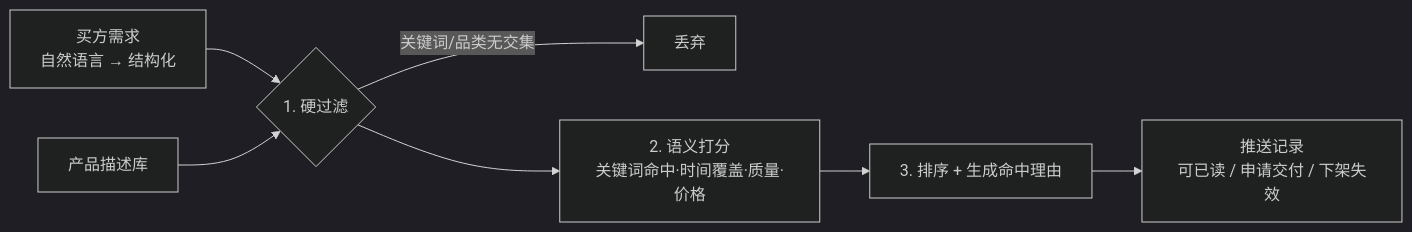
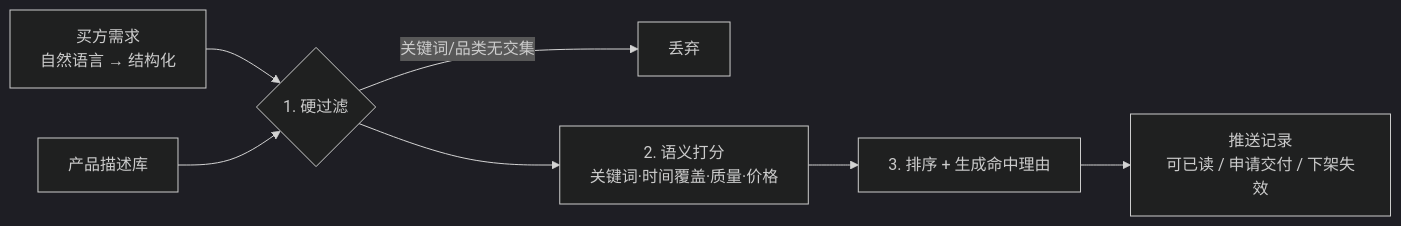
One commit to PanheadGG/agora-drive changed the third of 3 diagrams in README.md. Above: the diagram before and after it, drawn with Mermaid (dark theme). The commit also changed other lines of this file and 13 other files, not shown here.

````diff
--- a/README.md
+++ b/README.md
@@ -76,9 +71,9 @@
 ```mermaid
 flowchart LR
     D["买方需求<br/>自然语言 → 结构化"] --> H{"1. 硬过滤"}
     L["产品描述库"] --> H
     H -->|"关键词/品类无交集"| X["丢弃"]
-    H --> S["2. 语义打分<br/>关键词命中·时间覆盖·质量·价格"]
+    H --> S["2. 语义打分<br/>关键词·时间覆盖·质量·价格"]
     S --> O["3. 排序 + 生成命中理由"]
     O --> P["推送记录<br/>可已读 / 申请交付 / 下架失效"]
 ```
````
